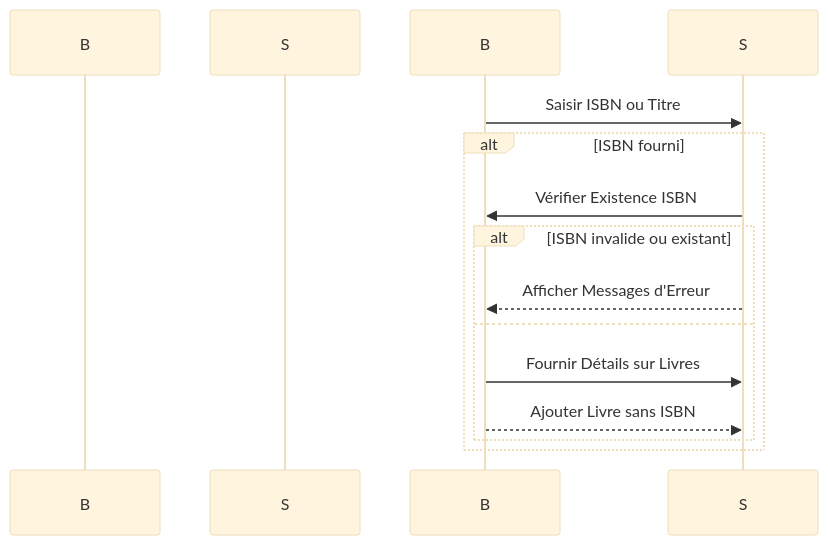
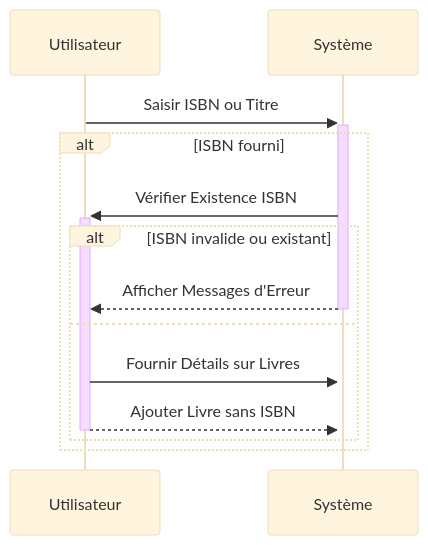
The diagram in readmeMK.md (menelo25/collaboration), drawn with Mermaid (base theme) before and after one commit.

Commit message:
mermaid_modifie

````diff
--- a/readmeMK.md
+++ b/readmeMK.md
@@ -46,18 +46,15 @@
 ```mermaid
 sequenceDiagram
-participant Bibliothécaire as B
-participant Système as S
 
-    B->>S: Saisir ISBN ou Titre
+    Utilisateur->>+Système: Saisir ISBN ou Titre
     alt ISBN fourni
+        Système->>+Utilisateur: Vérifier Existence ISBN
+        alt ISBN invalide ou existant
+            Système-->>-Utilisateur: Afficher Messages d'Erreur
+        else
+            Utilisateur->>+Système: Fournir Détails sur Livres
+            Utilisateur-->>-Système: Ajouter Livre sans ISBN
+        end
+    end
 
-        S->>B: Vérifier Existence ISBN
-        alt ISBN invalide ou existant
-            S-->>B: Afficher Messages d'Erreur
-        else
-            B->>S: Fournir Détails sur Livres
-            B-->>S: Ajouter Livre sans ISBN
-        end
-
-    end
 ```
````
